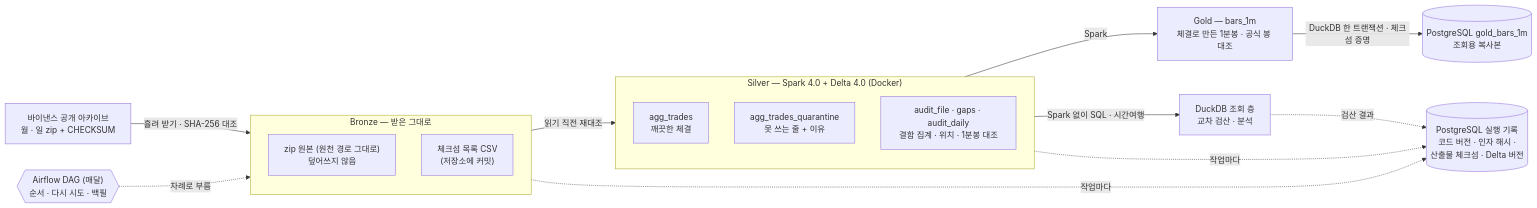
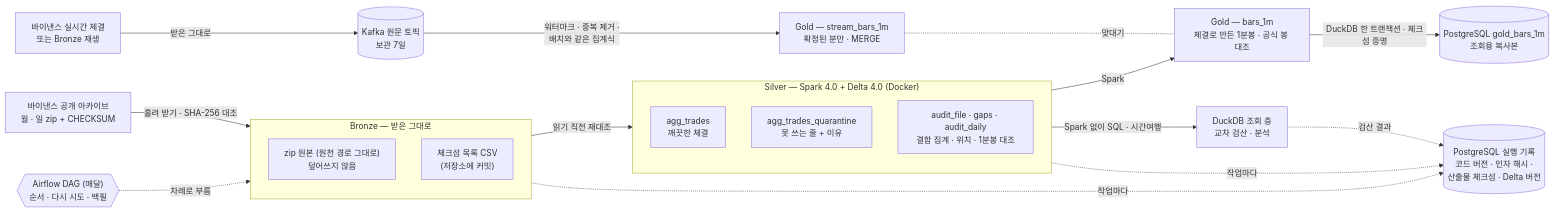
The diagram in README.md (seoloo/Market_Data_Platform), drawn with Mermaid before and after one commit. The commit also changed other lines of this file and 14 other files, not shown here.

````diff
--- a/README.md
+++ b/README.md
@@ -26,21 +27,24 @@
 ```mermaid
 flowchart LR
     SRC["바이낸스 공개 아카이브<br/>월 · 일 zip + CHECKSUM"] -->|흘려 받기 · SHA-256 대조| BRZ
     subgraph BRZ["Bronze — 받은 그대로"]
         B1["zip 원본 (원천 경로 그대로)<br/>덮어쓰지 않음"]
         B2["체크섬 목록 CSV<br/>(저장소에 커밋)"]
     end
     BRZ -->|읽기 직전 재대조| SLV
     subgraph SLV["Silver — Spark 4.0 + Delta 4.0 (Docker)"]
         S1["agg_trades<br/>깨끗한 체결"]
         S2["agg_trades_quarantine<br/>못 쓰는 줄 + 이유"]
         S3["audit_file · gaps · audit_daily<br/>결함 집계 · 위치 · 1분봉 대조"]
     end
     SLV -->|Spark| GLD["Gold — bars_1m<br/>체결로 만든 1분봉 · 공식 봉 대조"]
     GLD -->|DuckDB 한 트랜잭션 · 체크섬 증명| PGB[("PostgreSQL gold_bars_1m<br/>조회용 복사본")]
     SLV -->|Spark 없이 SQL · 시간여행| DUCK["DuckDB 조회 층<br/>교차 검산 · 분석"]
     BRZ -. 작업마다 .-> LOG[("PostgreSQL 실행 기록<br/>코드 버전 · 인자 해시 ·<br/>산출물 체크섬 · Delta 버전")]
     SLV -. 작업마다 .-> LOG
     DUCK -. 검산 결과 .-> LOG
     AF{{"Airflow DAG (매달)<br/>순서 · 다시 시도 · 백필"}} -. 차례로 부름 .-> BRZ
+    WS["바이낸스 실시간 체결<br/>또는 Bronze 재생"] -->|받은 그대로| KFK[("Kafka 원문 토픽<br/>보관 7일")]
+    KFK -->|"워터마크 · 중복 제거 ·<br/>배치와 같은 집계식"| SB["Gold — stream_bars_1m<br/>확정된 분만 · MERGE"]
+    SB -. 맞대기 .- GLD
 ```
````
